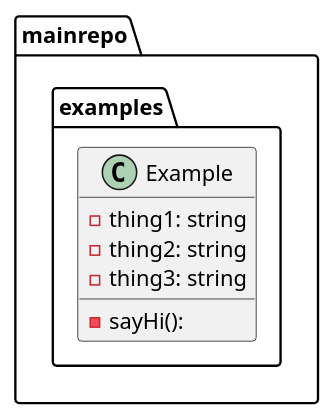
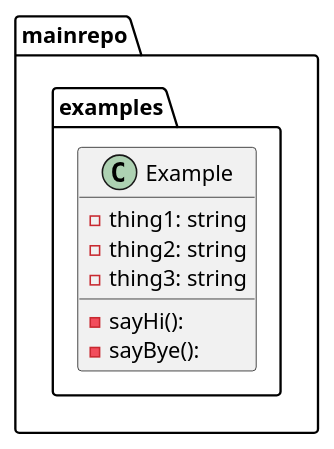
The diagram in graph.puml (tbal999/pumlaction), drawn with PlantUML before and after one commit.

Commit message:
generated puml file

```diff
--- a/graph.puml
+++ b/graph.puml
@@ -1,11 +1,12 @@
 @startuml
 package ...mainrepo.examples{
 class Example {
 -thing1: string
 -thing2: string
 -thing3: string
 -sayHi(): 
+-sayBye(): 
 }
 }
 
 @enduml
```
